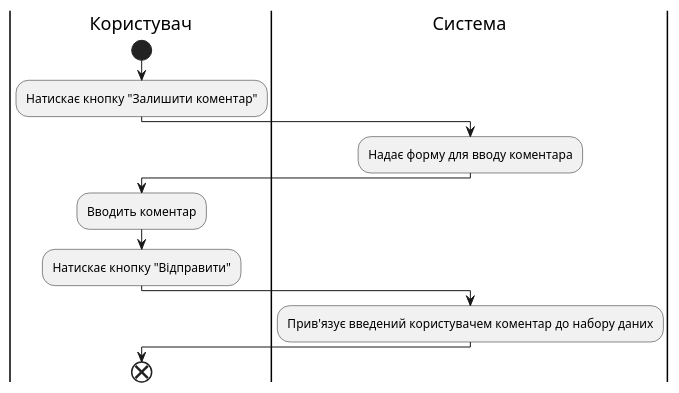
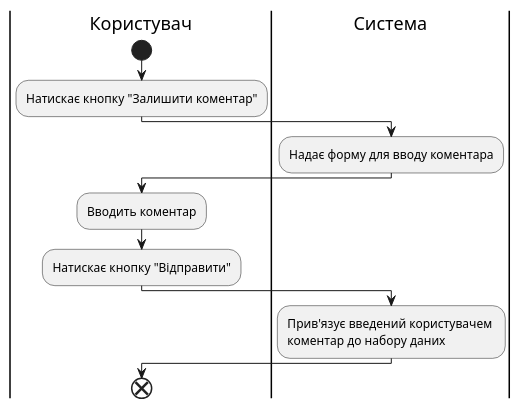
Before and after one commit to anrikolo/obd: the diagram in src/uml/UC4.puml, drawn with PlantUML.

```diff
--- a/src/uml/UC4.puml
+++ b/src/uml/UC4.puml
@@ -1,16 +1,16 @@
 @startuml
 
     |Користувач|
     start
     :Натискає кнопку "Залишити коментар";
     |Система|
     :Надає форму для вводу коментара;
     |Користувач|
     :Вводить коментар;
     |Користувач|
     :Натискає кнопку "Відправити";
     |Система|
-    :Прив'язує введений користувачем коментар до набору даних;
+    :Прив'язує введений користувачем \nкоментар до набору даних;
         |Користувач|
     end;
 @enduml
```
